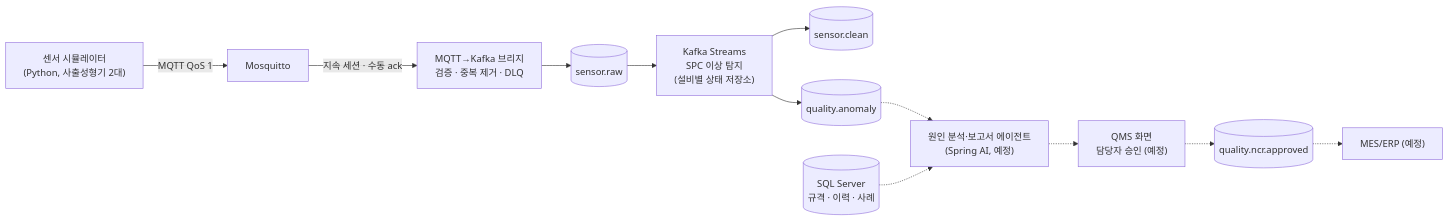
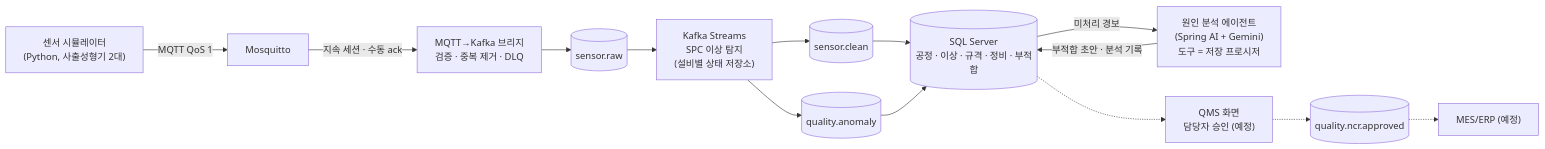
One commit to choiminjeong0623/qualiguard-agent changed the diagram in README.md. Above: the diagram before and after it, drawn with Mermaid. The commit also changed other lines of this file and 8 other files, not shown here.

First line of the commit message:
docs: SQL Server 적재·원인 분석 에이전트 단계 문서 갱신

````diff
--- a/README.md
+++ b/README.md
@@ -35,13 +37,15 @@
 ```mermaid
 flowchart LR
     SIM["센서 시뮬레이터<br/>(Python, 사출성형기 2대)"] -- "MQTT QoS 1" --> MQ["Mosquitto"]
     MQ -- "지속 세션 · 수동 ack" --> BR["MQTT→Kafka 브리지<br/>검증 · 중복 제거 · DLQ"]
     BR --> RAW[("sensor.raw")]
     RAW --> SPC["Kafka Streams<br/>SPC 이상 탐지<br/>(설비별 상태 저장소)"]
     SPC --> CLEAN[("sensor.clean")]
     SPC --> ANO[("quality.anomaly")]
-    ANO -.-> AG["원인 분석·보고서 에이전트<br/>(Spring AI, 예정)"]
-    DB[("SQL Server<br/>규격 · 이력 · 사례")] -.-> AG
-    AG -.-> QMS["QMS 화면<br/>담당자 승인 (예정)"]
+    CLEAN --> DB[("SQL Server<br/>공정 · 이상 · 규격 · 정비 · 부적합")]
+    ANO --> DB
+    DB -- "미처리 경보" --> AG["원인 분석 에이전트<br/>(Spring AI + Gemini)<br/>도구 = 저장 프로시저"]
+    AG -- "부적합 초안 · 분석 기록" --> DB
+    DB -.-> QMS["QMS 화면<br/>담당자 승인 (예정)"]
     QMS -.-> APR[("quality.ncr.approved")] -.-> MES["MES/ERP (예정)"]
 ```
````
